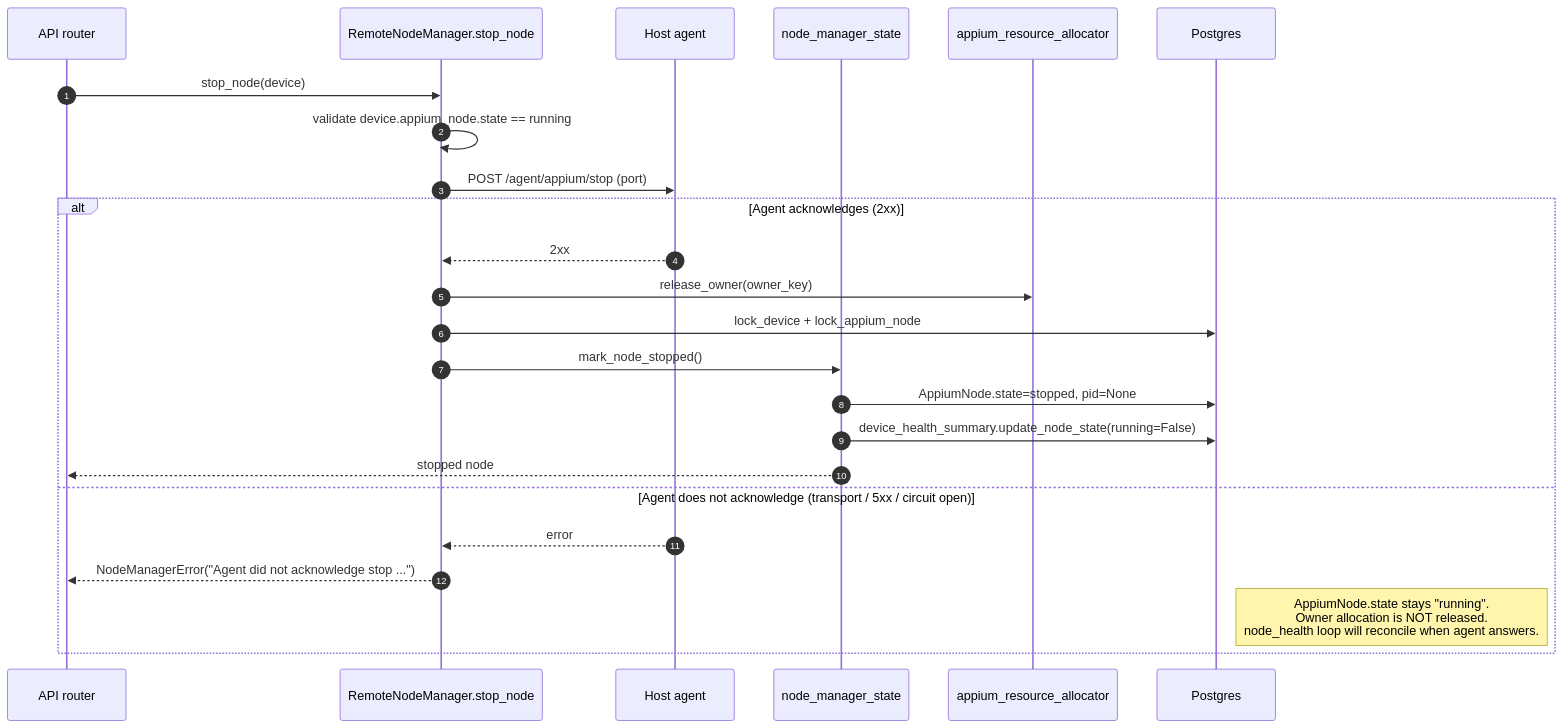
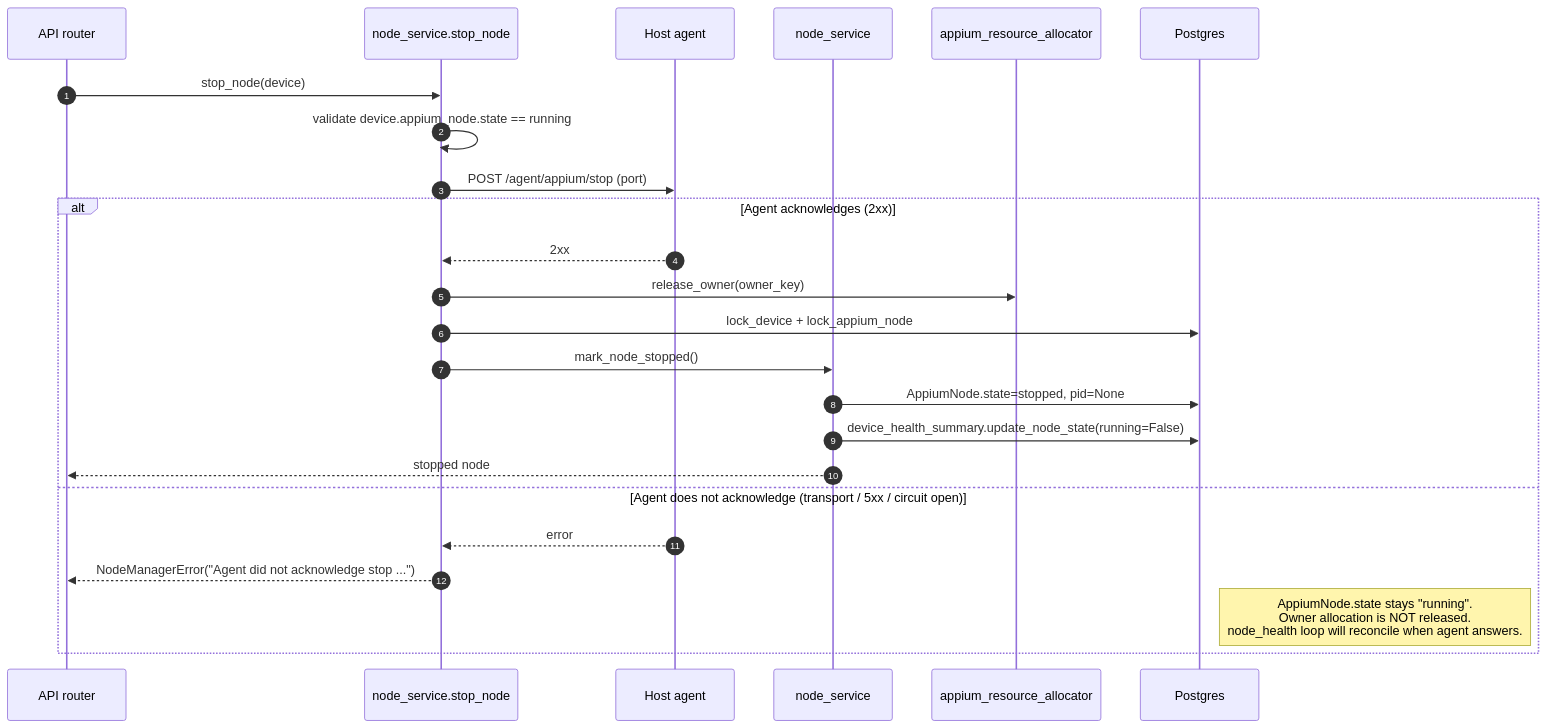
Before and after one commit to quidow/gridfleet: the third of 5 diagrams in docs/design/02-node-lifecycle.md, drawn with Mermaid. The commit also changed other lines of this file and 45 other files, not shown here.

First line of the commit message:
refactor(backend): collapse node_manager modules into node_service (#76)

````diff
--- a/docs/design/02-node-lifecycle.md
+++ b/docs/design/02-node-lifecycle.md
@@ -107,27 +105,27 @@
 ```mermaid
 sequenceDiagram
     autonumber
     participant API as API router
-    participant NM as RemoteNodeManager.stop_node
+    participant NM as node_service.stop_node
     participant Agent as Host agent
-    participant State as node_manager_state
+    participant State as node_service
     participant Alloc as appium_resource_allocator
     participant Pg as Postgres
 
     API->>NM: stop_node(device)
     NM->>NM: validate device.appium_node.state == running
     NM->>Agent: POST /agent/appium/stop (port)
     alt Agent acknowledges (2xx)
         Agent-->>NM: 2xx
         NM->>Alloc: release_owner(owner_key)
         NM->>Pg: lock_device + lock_appium_node
         NM->>State: mark_node_stopped()
         State->>Pg: AppiumNode.state=stopped, pid=None
         State->>Pg: device_health_summary.update_node_state(running=False)
         State-->>API: stopped node
     else Agent does not acknowledge (transport / 5xx / circuit open)
         Agent-->>NM: error
         NM-->>API: NodeManagerError("Agent did not acknowledge stop ...")
         Note right of Pg: AppiumNode.state stays "running".<br/>Owner allocation is NOT released.<br/>node_health loop will reconcile when agent answers.
     end
 ```
````
